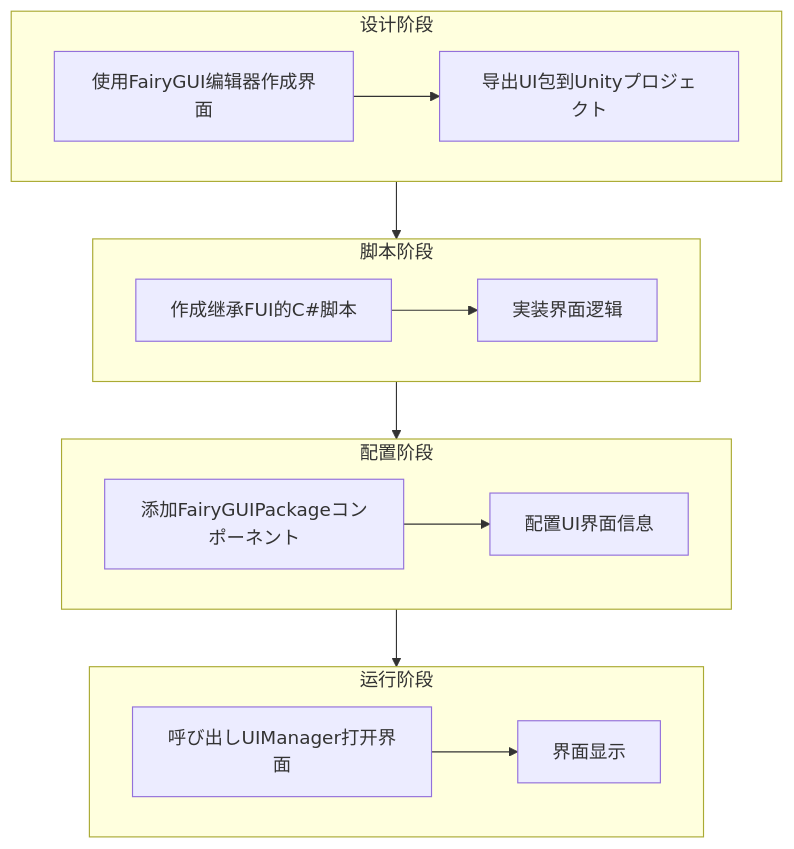
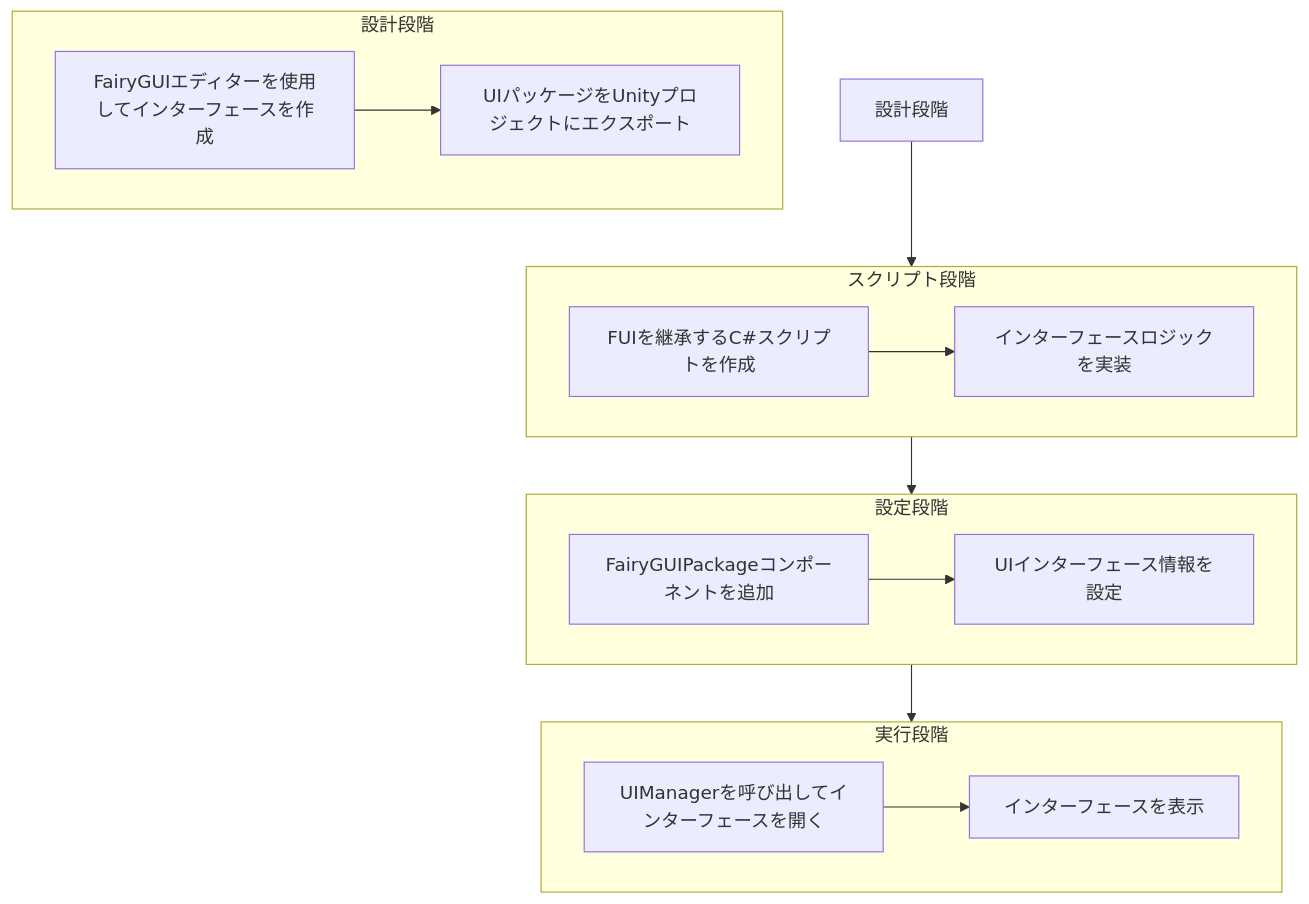
Before and after one commit to AlianBlank/GameFrameX.Docs: the first of 3 diagrams in docs/ja/client/unity/component/ui-fairygui/03.getting-started.md, drawn with Mermaid. The commit also changed other lines of this file and 320 other files, not shown here.

````diff
--- a/docs/ja/client/unity/component/ui-fairygui/03.getting-started.md
+++ b/docs/ja/client/unity/component/ui-fairygui/03.getting-started.md
@@ -20,22 +20,22 @@
 ```mermaid
 flowchart TD
-    subgraph 设计阶段["设计阶段"]
-        A[使用FairyGUI编辑器作成界面] --> B[导出UI包到Unityプロジェクト]
+    subgraph 设计段階["設計段階"]
+        A[FairyGUIエディターを使用してインターフェースを作成] --> B[UIパッケージをUnityプロジェクトにエクスポート]
     end
 
-    subgraph 脚本阶段["脚本阶段"]
-        C[作成继承FUI的C#脚本] --> D[実装界面逻辑]
+    subgraph スクリプト段階["スクリプト段階"]
+        C[FUIを継承するC#スクリプトを作成] --> D[インターフェースロジックを実装]
     end
 
-    subgraph 配置阶段["配置阶段"]
-        E[添加FairyGUIPackageコンポーネント] --> F[配置UI界面信息]
+    subgraph 設定段階["設定段階"]
+        E[FairyGUIPackageコンポーネントを追加] --> F[UIインターフェース情報を設定]
     end
 
-    subgraph 运行阶段["运行阶段"]
-        G[呼び出しUIManager打开界面] --> H[界面显示]
+    subgraph 実行段階["実行段階"]
+        G[UIManagerを呼び出してインターフェースを開く] --> H[インターフェースを表示]
     end
 
-    设计阶段 --> 脚本阶段
-    脚本阶段 --> 配置阶段
-    配置阶段 --> 运行阶段
+    設計段階 --> スクリプト段階
+    スクリプト段階 --> 設定段階
+    設定段階 --> 実行段階
 ```
````
